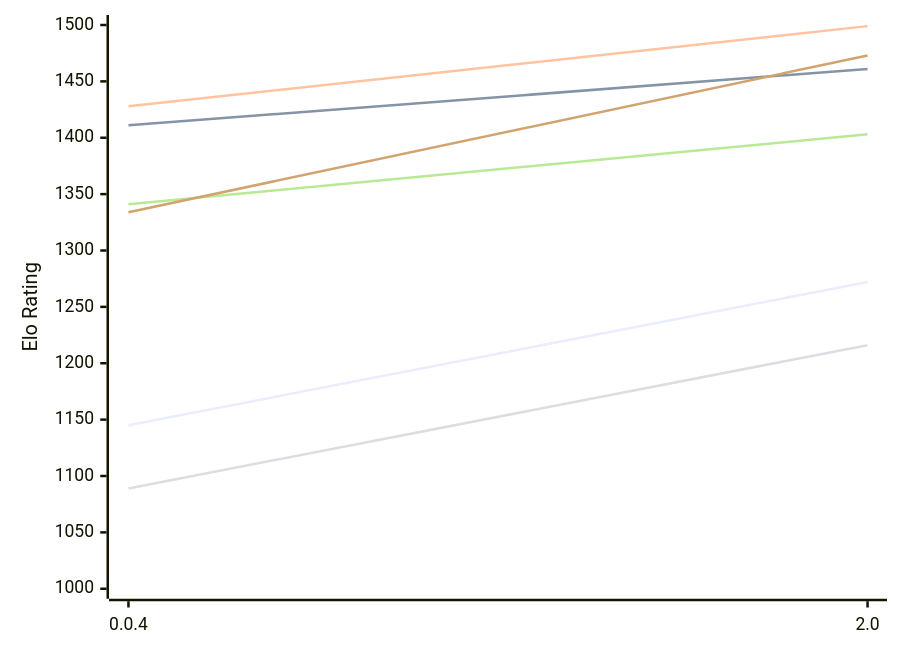
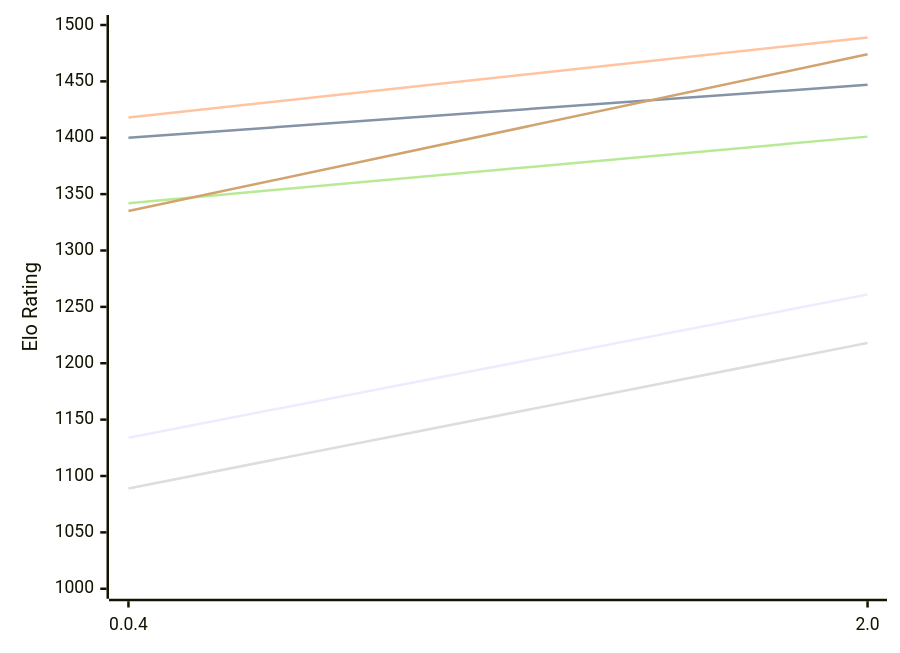
Before and after one commit to computer-chess-index/cci: the first of 2 diagrams in engines/Oops!Mate.md, drawn with Mermaid. The commit also changed other lines of this file, not shown here.

Commit message:
Update CCI Ratings (ELO VLTC) - 2026-11-18

````diff
--- a/engines/Oops!Mate.md
+++ b/engines/Oops!Mate.md
@@ -50,12 +50,12 @@
 ```mermaid
 %%{init: {"theme":"base","themeVariables":{"seriesColors:['#a3a3a3','#222221','#faa371']}}}%%
 xychart-beta
   x-axis ["0.0.4", "2.0"]
   y-axis "Elo Rating" 1000 --> 1500
-  line "E1: STC (8.0+0.08s)" [1145, 1272]
-  line "E1: LTC (60.0+0.60s)" [1411, 1461]
-  line "E1: VLTC (2m24s+1.12s)" [1428, 1499]
-  line "P1: STC (8.0+0.08s)" [1089, 1216]
-  line "P1: LTC (60.0+0.60s)" [1341, 1403]
-  line "P1: VLTC (2m24s+1.12s)" [1334, 1473]
+  line "E1: STC (8.0+0.08s)" [1134, 1261]
+  line "E1: LTC (60.0+0.60s)" [1400, 1447]
+  line "E1: VLTC (2m24s+1.12s)" [1418, 1489]
+  line "P1: STC (8.0+0.08s)" [1089, 1218]
+  line "P1: LTC (60.0+0.60s)" [1342, 1401]
+  line "P1: VLTC (2m24s+1.12s)" [1335, 1474]
 ```
````
